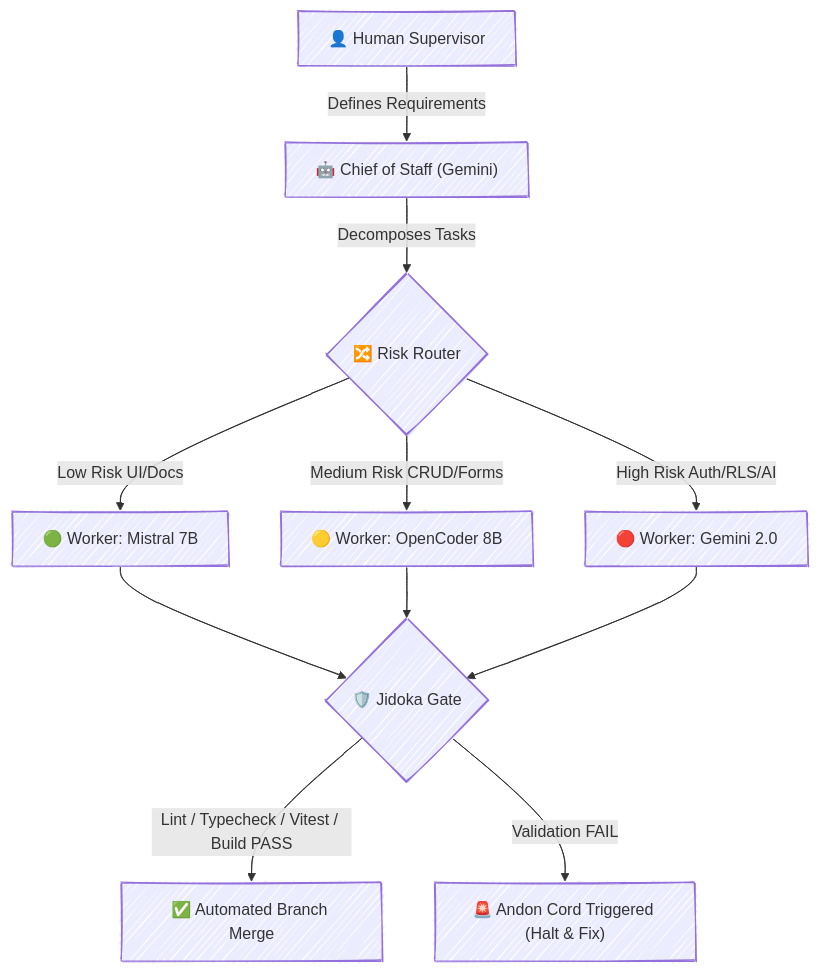
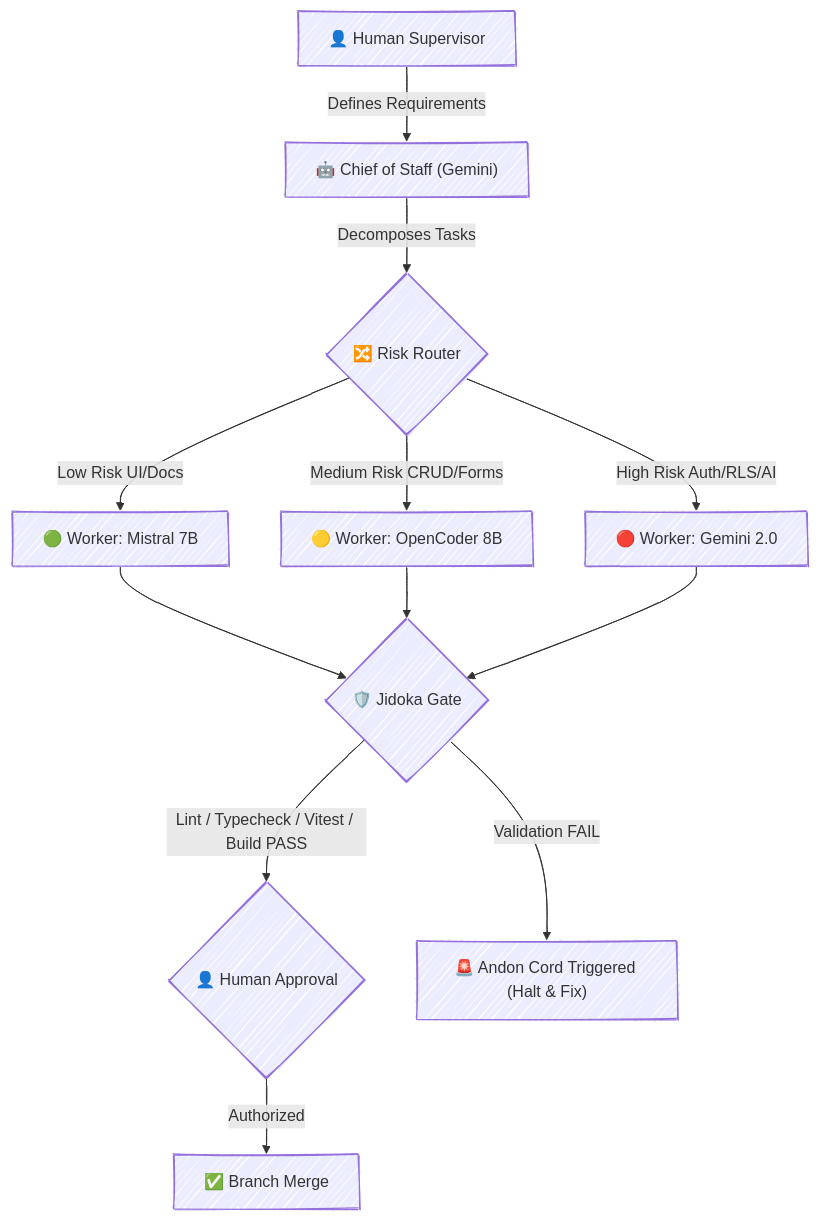
The diagram in README.md (lfrichter/cat-guardian), drawn with Mermaid before and after one commit. The commit also changed other lines of this file, not shown here.

Commit message:
docs(WAVE-5): refine README with relative links, real screenshots, technical claim adjustments, human approval diagram flow, and clean phase structure

````diff
--- a/README.md
+++ b/README.md
@@ -52,21 +56,22 @@
 ```mermaid
 ---
 config:
   theme: default
   look: handDrawn
 ---
 flowchart TD
     User["👤 Human Supervisor"] -->|Defines Requirements| CoS["🤖 Chief of Staff (Gemini)"]
     CoS -->|Decomposes Tasks| Router{"🔀 Risk Router"}
 
     Router -->|Low Risk UI/Docs| WorkerMistral["🟢 Worker: Mistral 7B"]
     Router -->|Medium Risk CRUD/Forms| WorkerOpenCoder["🟡 Worker: OpenCoder 8B"]
     Router -->|High Risk Auth/RLS/AI| WorkerGemini["🔴 Worker: Gemini 2.0"]
 
     WorkerMistral --> Jidoka{"🛡️ Jidoka Gate"}
     WorkerOpenCoder --> Jidoka
     WorkerGemini --> Jidoka
 
-    Jidoka -->|Lint / Typecheck / Vitest / Build PASS| Approval["✅ Automated Branch Merge"]
+    Jidoka -->|Lint / Typecheck / Vitest / Build PASS| HumanApprove{"👤 Human Approval"}
+    HumanApprove -->|Authorized| Merge["✅ Branch Merge"]
     Jidoka -->|Validation FAIL| AndonCord["🚨 Andon Cord Triggered (Halt & Fix)"]
 ```
````
